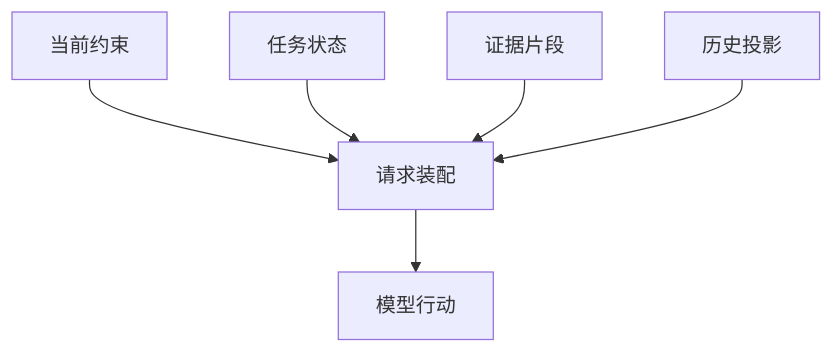
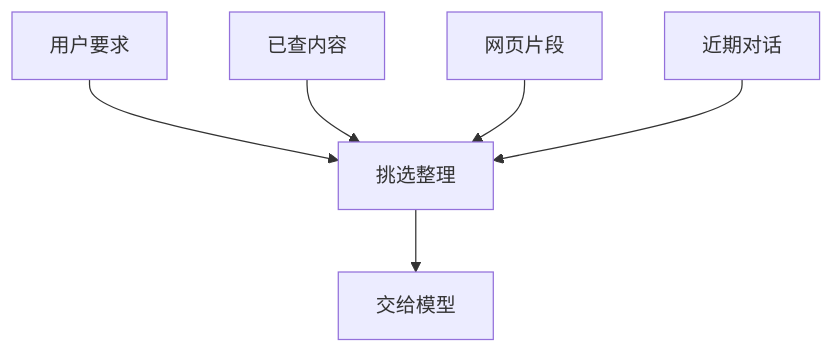
The diagram in book/13-context-and-defaults.md (Mar-garet/agent-book), drawn with Mermaid before and after one commit. The commit also changed other lines of this file and 27 other files, not shown here.

````diff
--- a/book/13-context-and-defaults.md
+++ b/book/13-context-and-defaults.md
@@ -19,9 +20,9 @@
 ```mermaid
-%% 不同来源进入一次模型请求
+%% 程序给下一次回答准备材料
 flowchart TD
-    A[当前约束] --> E[请求装配]
-    B[任务状态] --> E
-    C[证据片段] --> E
-    D[历史投影] --> E
-    E --> F[模型行动]
+    A[用户要求] --> E[挑选整理]
+    B[已查内容] --> E
+    C[网页片段] --> E
+    D[近期对话] --> E
+    E --> F[交给模型]
 ```
````
